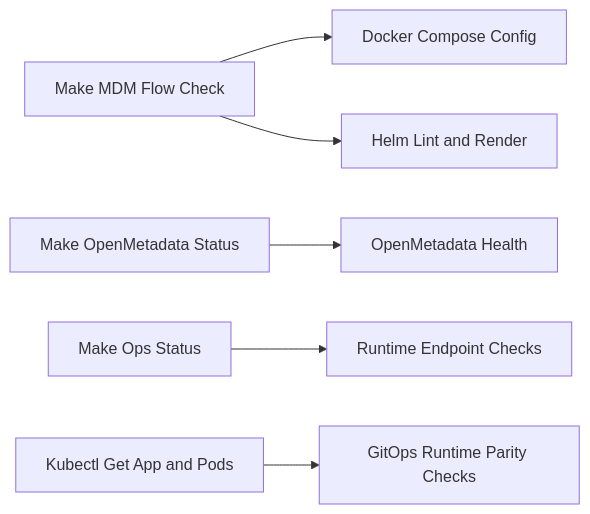
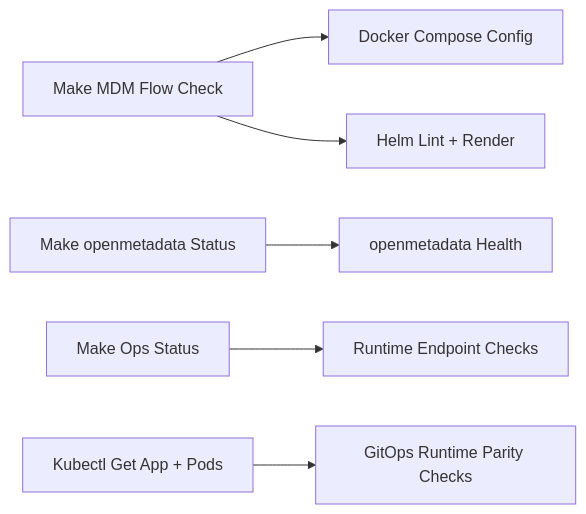
The ninth of 9 diagrams in docs/architecture.md (paulchen8206/Full-Stack-Modern-Data-Architecture-and-Engineering), drawn with Mermaid before and after one commit. The commit also changed other lines of this file and 18 other files, not shown here.

````diff
--- a/docs/architecture.md
+++ b/docs/architecture.md
@@ -898,8 +890,8 @@
 ```mermaid
 flowchart LR
   A[Make MDM Flow Check] --> B[Docker Compose Config]
-  A --> C[Helm Lint and Render]
-  D[Make OpenMetadata Status] --> E[OpenMetadata Health]
+  A --> C[Helm Lint + Render]
+  D[Make openmetadata Status] --> E[openmetadata Health]
   F[Make Ops Status] --> G[Runtime Endpoint Checks]
-  H[Kubectl Get App and Pods] --> I[GitOps Runtime Parity Checks]
+  H[Kubectl Get App + Pods] --> I[GitOps Runtime Parity Checks]
 ```
````
